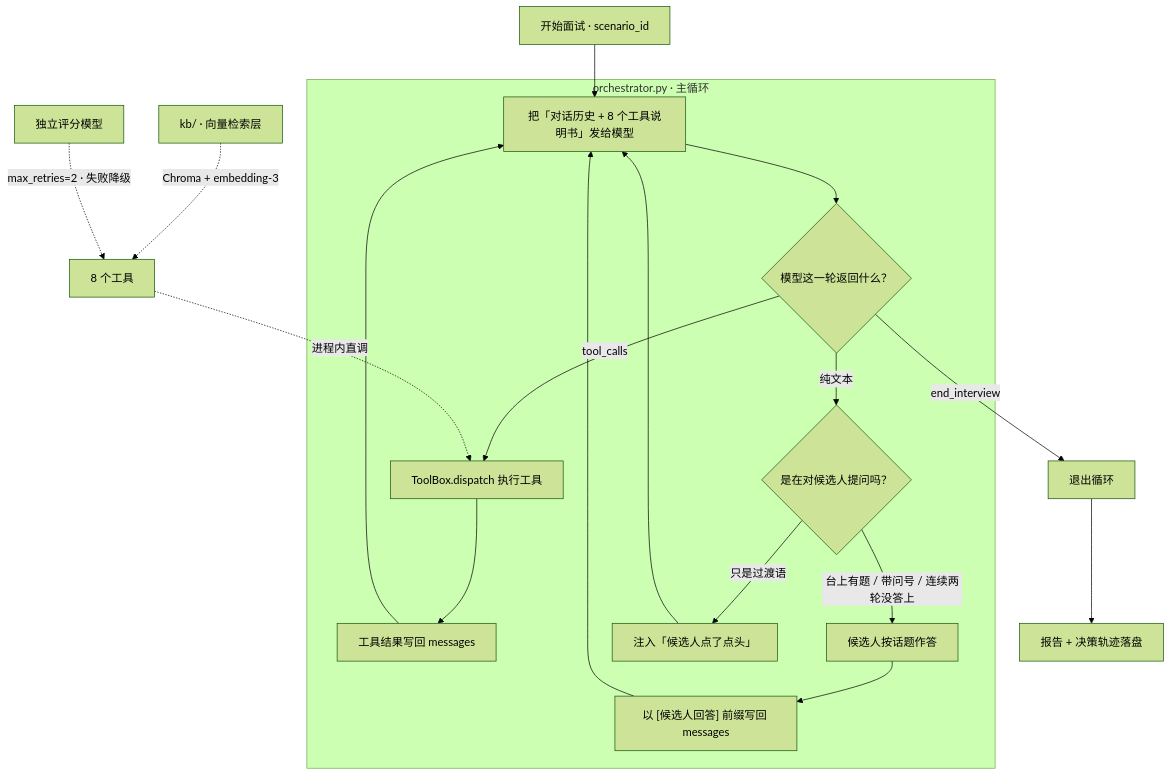
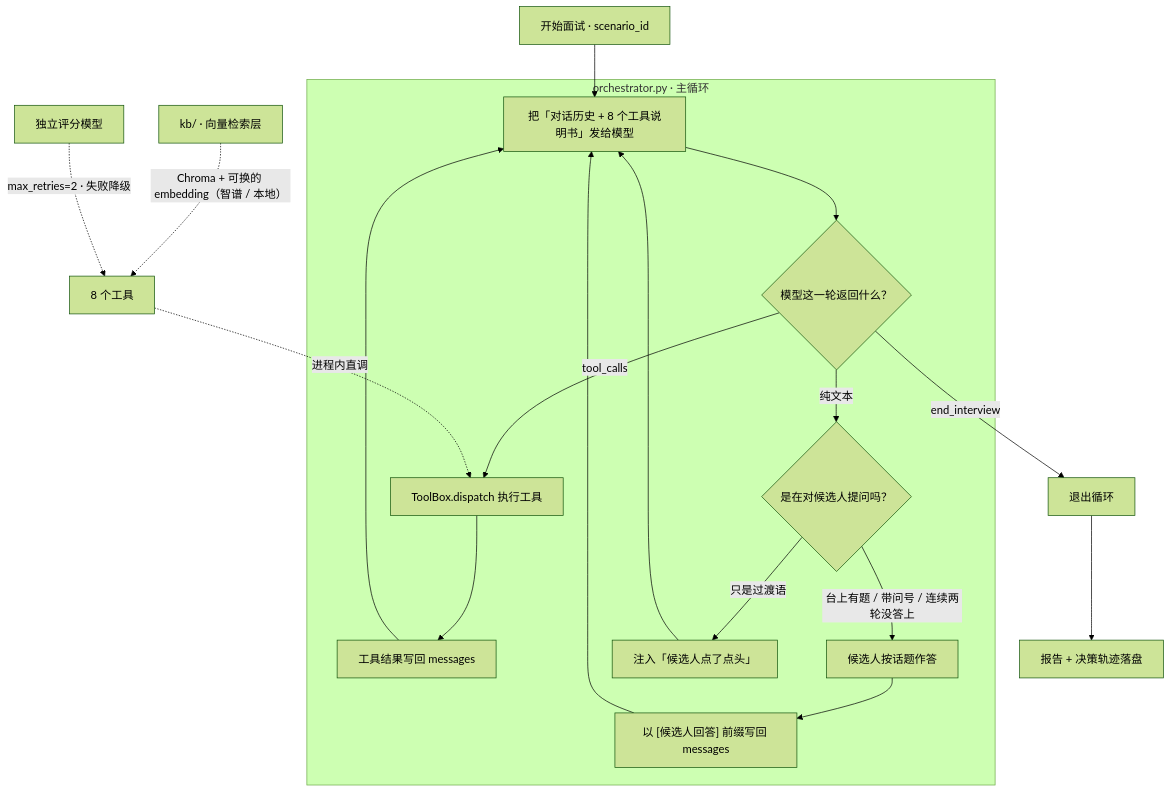
Before and after one commit to spike5321/mockmate: the diagram in README.md, drawn with Mermaid (forest theme). The commit also changed other lines of this file and 11 other files, not shown here.

````diff
--- a/README.md
+++ b/README.md
@@ -51,23 +51,23 @@
 ```mermaid
 flowchart TD
     START["开始面试 · scenario_id"] --> DECIDE
 
     subgraph LOOP["orchestrator.py · 主循环"]
         DECIDE["把「对话历史 + 8 个工具说明书」发给模型"] --> THINK{"模型这一轮返回什么？"}
         THINK -->|tool_calls| DISPATCH["ToolBox.dispatch 执行工具"]
         DISPATCH --> FEEDBACK["工具结果写回 messages"]
         FEEDBACK --> DECIDE
         THINK -->|纯文本| ASK{"是在对候选人提问吗？"}
         ASK -->|"台上有题 / 带问号 / 连续两轮没答上"| CAND["候选人按话题作答"]
         ASK -->|只是过渡语| NOD["注入「候选人点了点头」"]
         CAND --> BACK["以 [候选人回答] 前缀写回 messages"]
         BACK --> DECIDE
         NOD --> DECIDE
     end
 
     THINK -->|end_interview| FINISH["退出循环"]
     TOOLS["8 个工具"] -.->|"进程内直调"| DISPATCH
-    KB["kb/ · 向量检索层"] -.->|"Chroma + embedding-3"| TOOLS
+    KB["kb/ · 向量检索层"] -.->|"Chroma + 可换的 embedding（智谱 / 本地）"| TOOLS
     JUDGE["独立评分模型"] -.->|"max_retries=2 · 失败降级"| TOOLS
     FINISH --> OUT["报告 + 决策轨迹落盘"]
 ```
````
